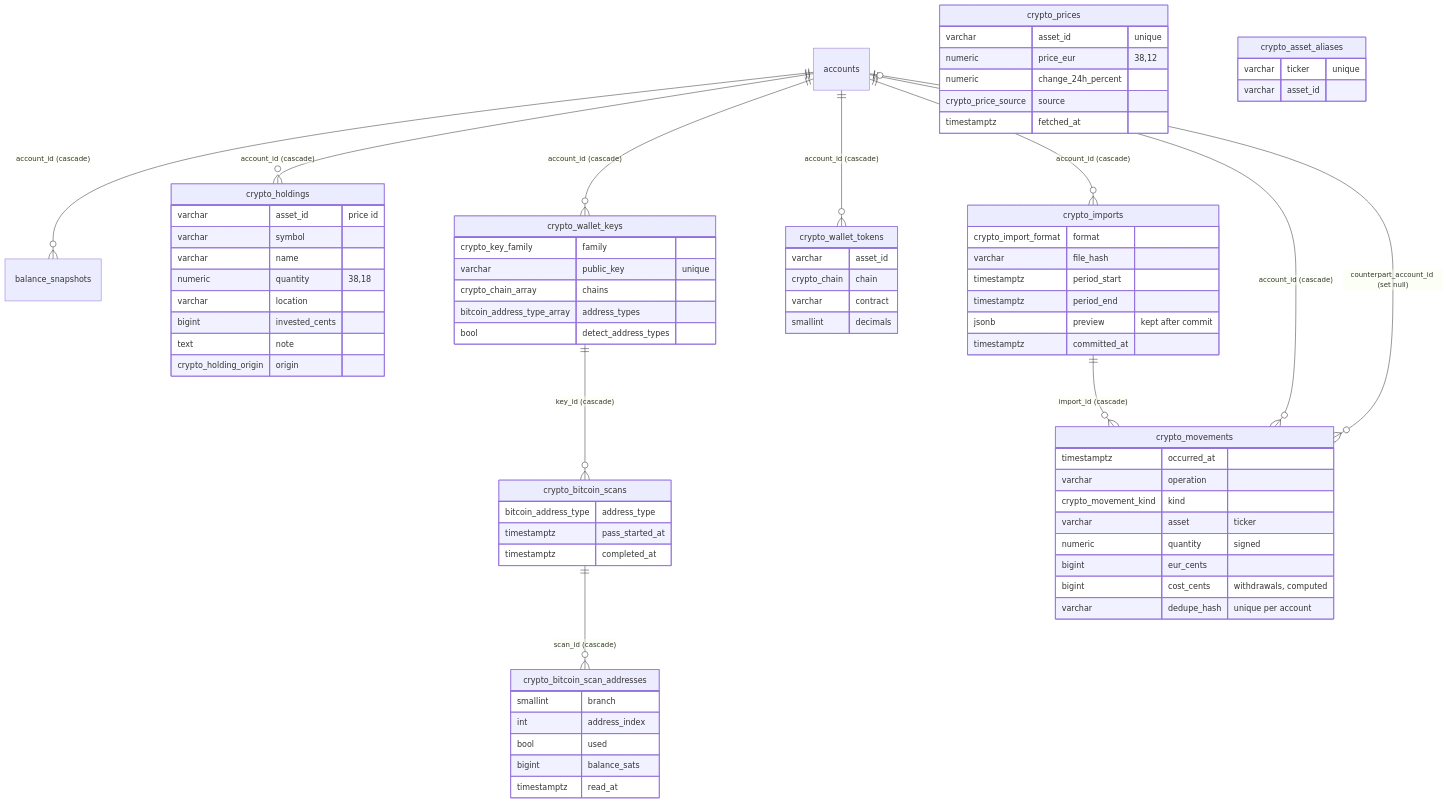
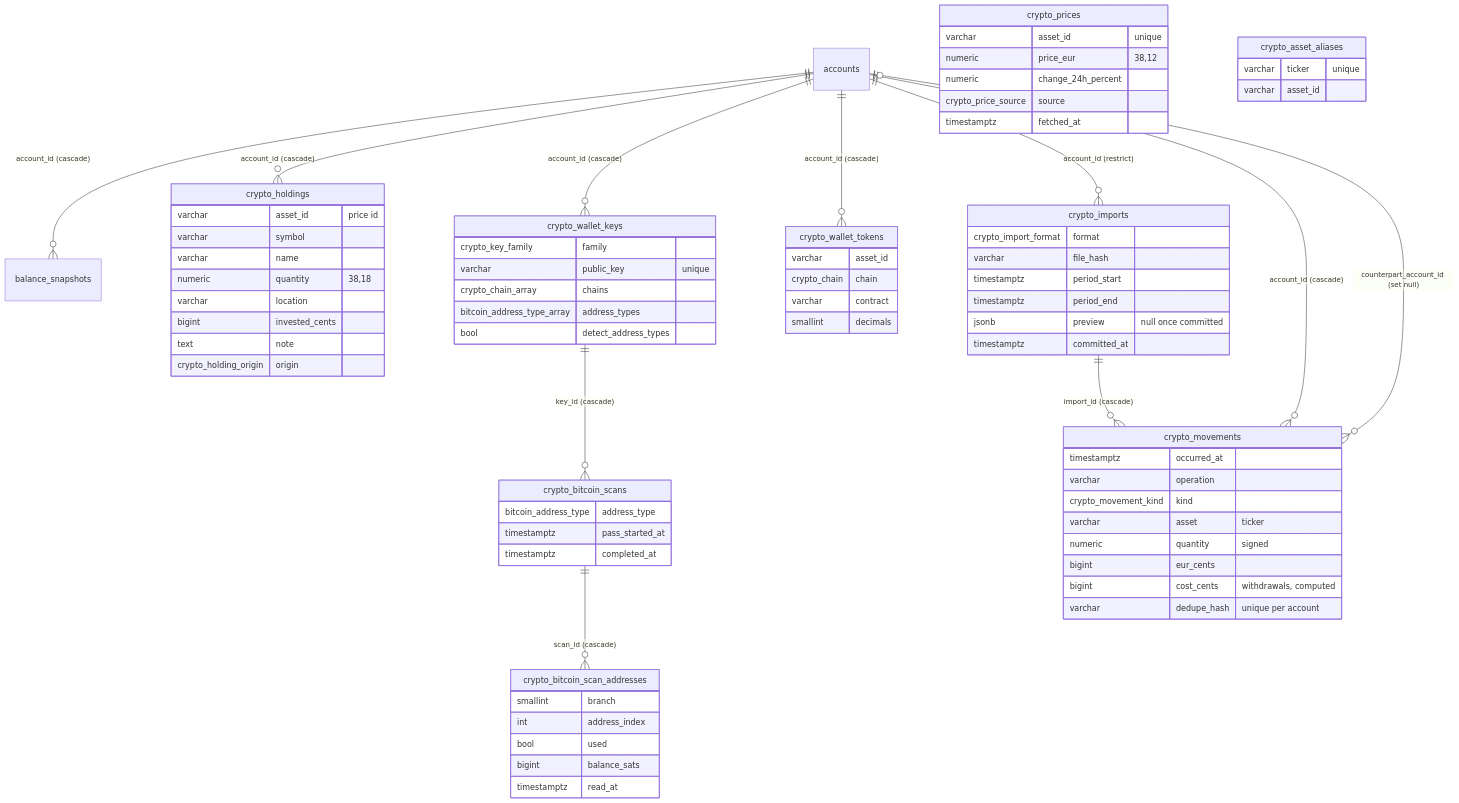
The second of 3 diagrams in docs/architecture/data-model.md (GregoireBDN/capi), drawn with Mermaid before and after one commit. The commit also changed other lines of this file and 48 other files, not shown here.

````diff
--- a/docs/architecture/data-model.md
+++ b/docs/architecture/data-model.md
@@ -176,78 +180,78 @@
 ```mermaid
 erDiagram
   accounts ||--o{ balance_snapshots : "account_id (cascade)"
   accounts ||--o{ crypto_holdings : "account_id (cascade)"
   accounts ||--o{ crypto_wallet_keys : "account_id (cascade)"
   crypto_wallet_keys ||--o{ crypto_bitcoin_scans : "key_id (cascade)"
   crypto_bitcoin_scans ||--o{ crypto_bitcoin_scan_addresses : "scan_id (cascade)"
   accounts ||--o{ crypto_wallet_tokens : "account_id (cascade)"
-  accounts ||--o{ crypto_imports : "account_id (cascade)"
+  accounts ||--o{ crypto_imports : "account_id (restrict)"
   crypto_imports ||--o{ crypto_movements : "import_id (cascade)"
   accounts ||--o{ crypto_movements : "account_id (cascade)"
   accounts |o--o{ crypto_movements : "counterpart_account_id (set null)"
 
   crypto_holdings {
     varchar asset_id "price id"
     varchar symbol
     varchar name
     numeric quantity "38,18"
     varchar location
     bigint invested_cents
     text note
     crypto_holding_origin origin
   }
   crypto_prices {
     varchar asset_id "unique"
     numeric price_eur "38,12"
     numeric change_24h_percent
     crypto_price_source source
     timestamptz fetched_at
   }
   crypto_asset_aliases {
     varchar ticker "unique"
     varchar asset_id
   }
   crypto_wallet_keys {
     crypto_key_family family
     varchar public_key "unique"
     crypto_chain_array chains
     bitcoin_address_type_array address_types
     bool detect_address_types
   }
   crypto_bitcoin_scans {
     bitcoin_address_type address_type
     timestamptz pass_started_at
     timestamptz completed_at
   }
   crypto_bitcoin_scan_addresses {
     smallint branch
     int address_index
     bool used
     bigint balance_sats
     timestamptz read_at
   }
   crypto_wallet_tokens {
     varchar asset_id
     crypto_chain chain
     varchar contract
     smallint decimals
   }
   crypto_imports {
     crypto_import_format format
     varchar file_hash
     timestamptz period_start
     timestamptz period_end
-    jsonb preview "kept after commit"
+    jsonb preview "null once committed"
     timestamptz committed_at
   }
   crypto_movements {
     timestamptz occurred_at
     varchar operation
     crypto_movement_kind kind
     varchar asset "ticker"
     numeric quantity "signed"
     bigint eur_cents
     bigint cost_cents "withdrawals, computed"
     varchar dedupe_hash "unique per account"
   }
 ```
````
